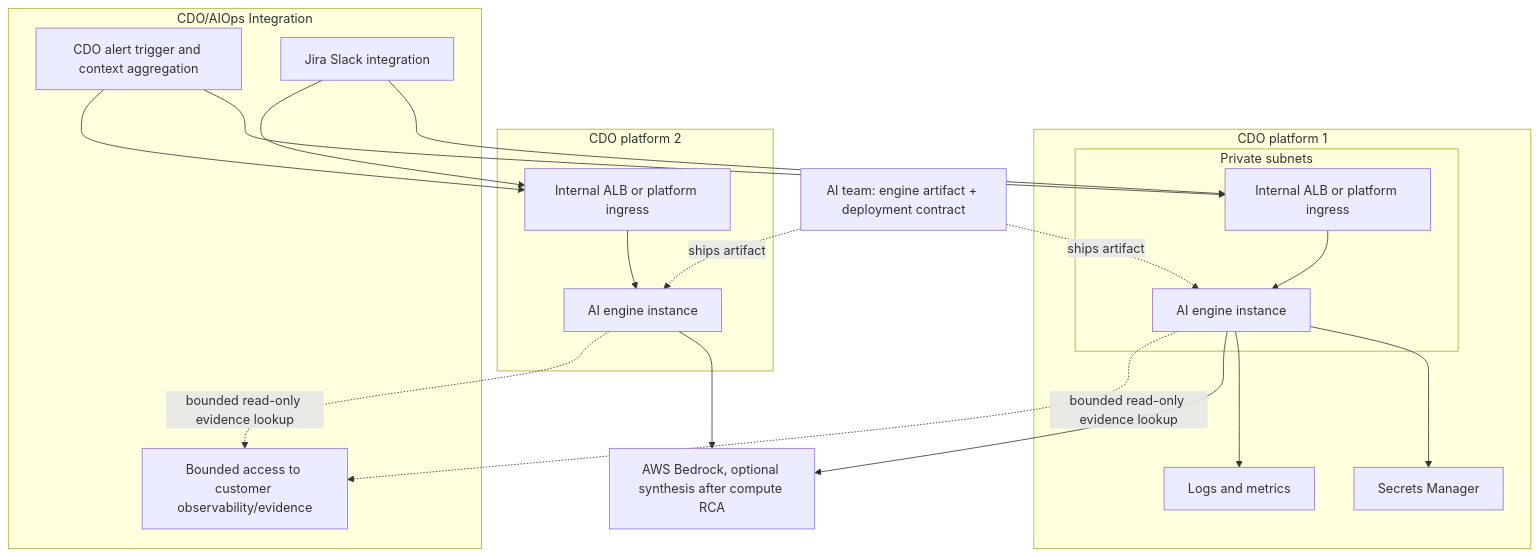
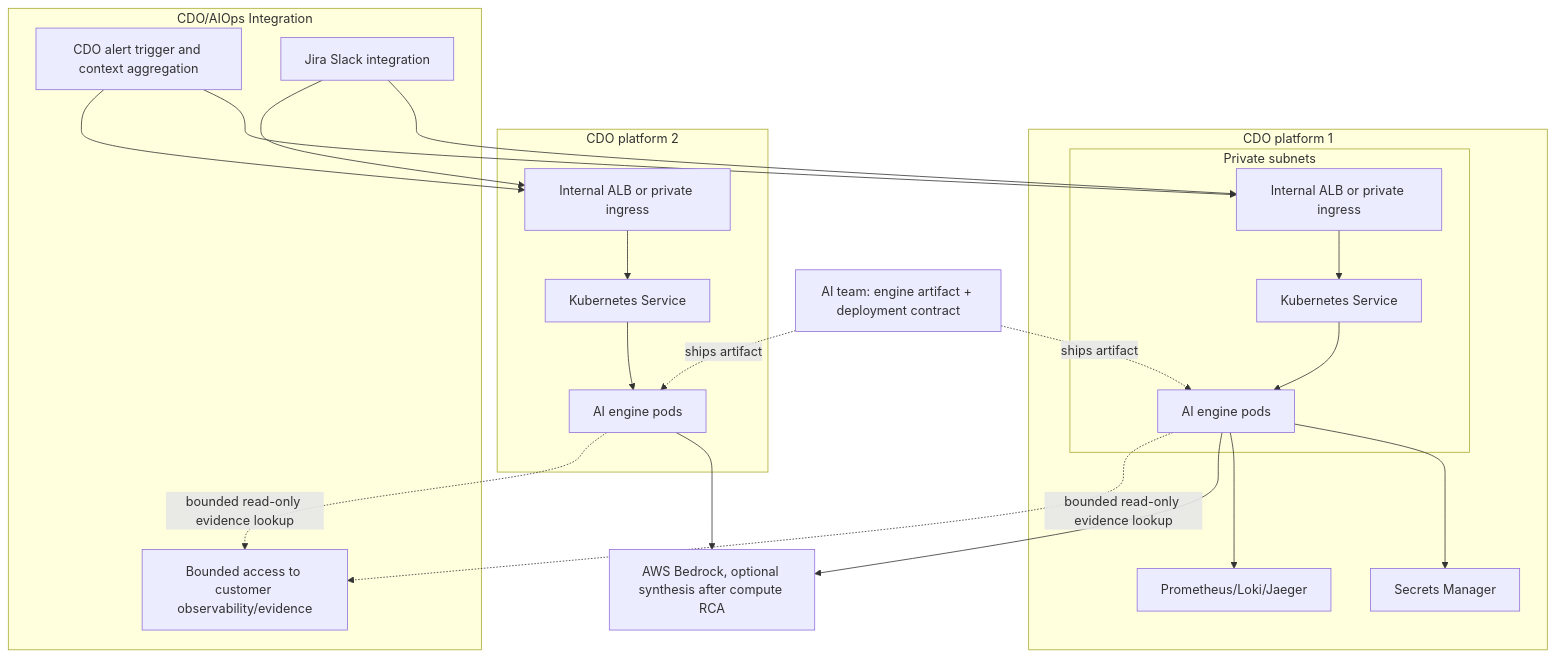
One commit to X-BRAIN-CDO-09/Triage-Hub changed the diagram in AIO_Contract/deployment-contract.md. Above: the diagram before and after it, drawn with Mermaid. The commit also changed other lines of this file and 6 other files, not shown here.

````diff
--- a/AIO_Contract/deployment-contract.md
+++ b/AIO_Contract/deployment-contract.md
@@ -94,40 +122,42 @@
 ```mermaid
 graph TB
     AI[AI team: engine artifact + deployment contract]
 
     subgraph "CDO platform 1"
         subgraph "Private subnets"
-            ALB1[Internal ALB or platform ingress]
-            ECS1[AI engine instance]
-            ALB1 --> ECS1
+            ALB1[Internal ALB or private ingress]
+            SVC1[Kubernetes Service]
+            POD1[AI engine pods]
+            ALB1 --> SVC1 --> POD1
         end
         SM1[Secrets Manager]
-        CW1[Logs and metrics]
-        ECS1 --> SM1
-        ECS1 --> CW1
+        OBS1[Prometheus/Loki/Jaeger]
+        POD1 --> SM1
+        POD1 --> OBS1
     end
 
     subgraph "CDO platform 2"
-        ALB2[Internal ALB or platform ingress]
-        ECS2[AI engine instance]
-        ALB2 --> ECS2
+        ALB2[Internal ALB or private ingress]
+        SVC2[Kubernetes Service]
+        POD2[AI engine pods]
+        ALB2 --> SVC2 --> POD2
     end
 
     Bedrock[AWS Bedrock, optional synthesis after compute RCA]
-    AI -. ships artifact .-> ECS1
-    AI -. ships artifact .-> ECS2
-    ECS1 --> Bedrock
-    ECS2 --> Bedrock
+    AI -. ships artifact .-> POD1
+    AI -. ships artifact .-> POD2
+    POD1 --> Bedrock
+    POD2 --> Bedrock
 
     subgraph "CDO/AIOps Integration"
         DET[CDO alert trigger and context aggregation]
         INT[Jira Slack integration]
         EVD[Bounded access to customer observability/evidence]
     end
     DET --> ALB1
     DET --> ALB2
-    ECS1 -. bounded read-only evidence lookup .-> EVD
-    ECS2 -. bounded read-only evidence lookup .-> EVD
+    POD1 -. bounded read-only evidence lookup .-> EVD
+    POD2 -. bounded read-only evidence lookup .-> EVD
     INT --> ALB1
     INT --> ALB2
 ```
````
